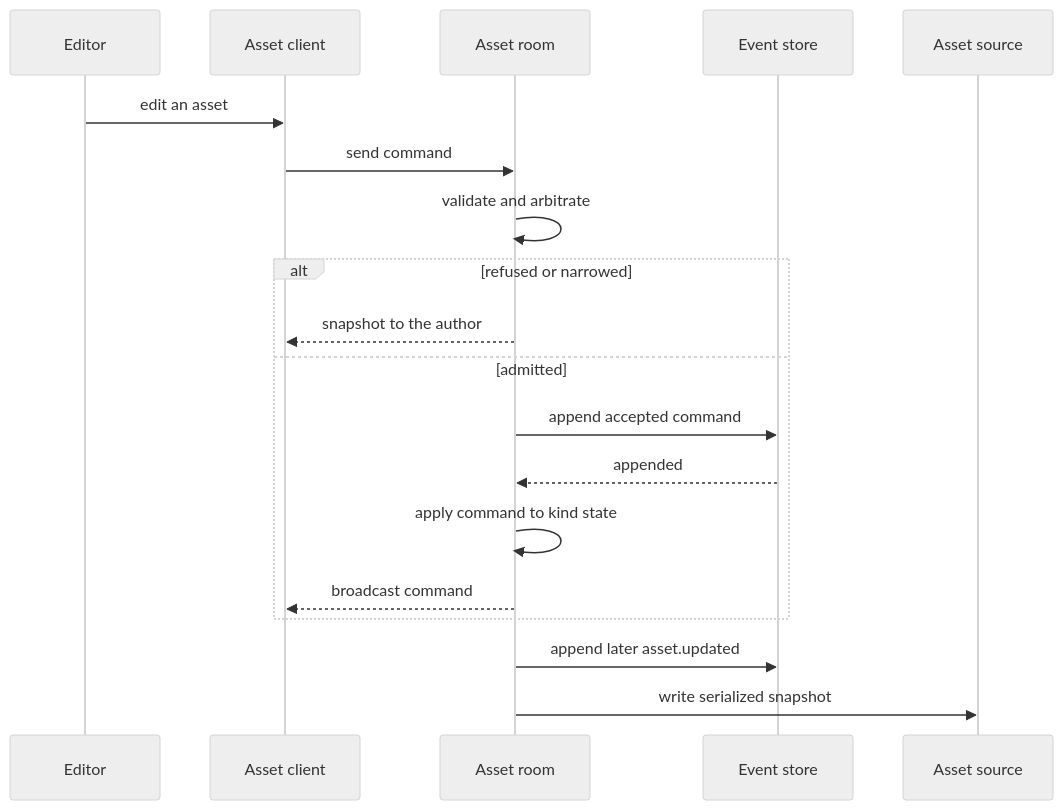
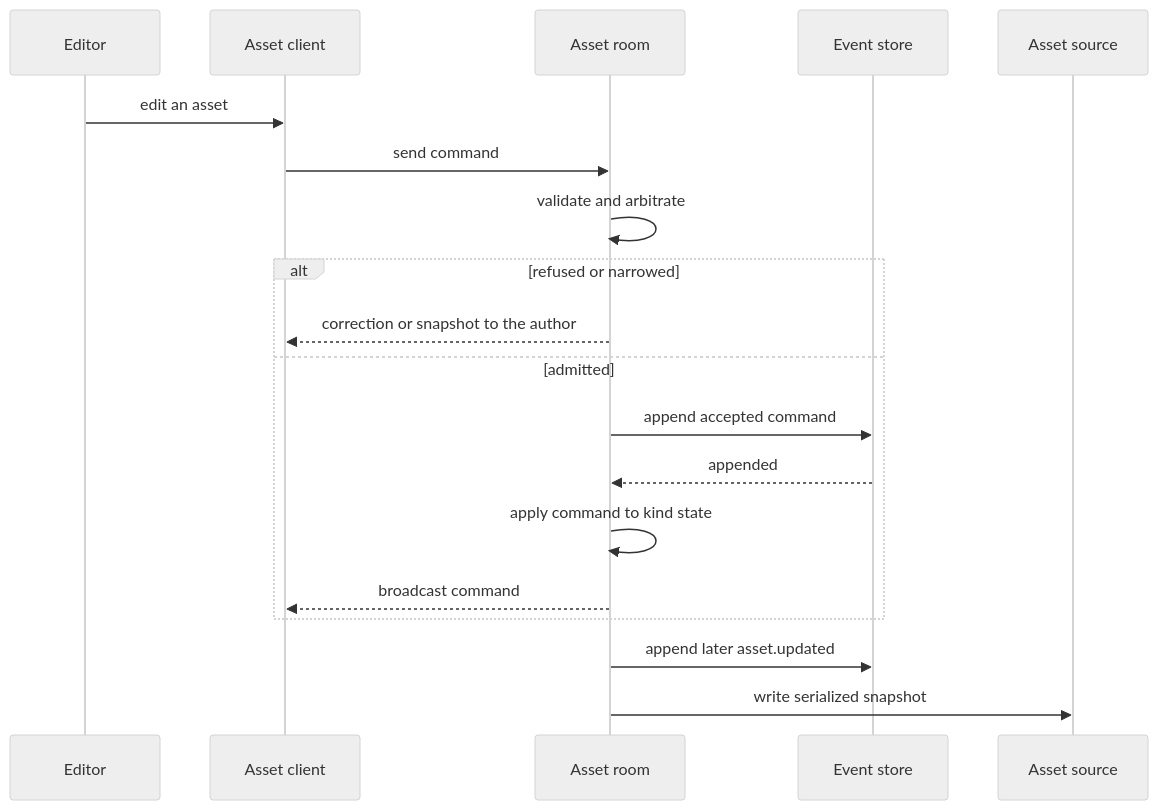
Before and after one commit to JollyPixel/editor: the second of 2 diagrams in packages/assets/ARCHITECTURE.md, drawn with Mermaid (neutral theme). The commit also changed other lines of this file and 55 other files, not shown here.

````diff
--- a/packages/assets/ARCHITECTURE.md
+++ b/packages/assets/ARCHITECTURE.md
@@ -32,22 +32,22 @@
 ```mermaid
 sequenceDiagram
     participant Editor
     participant Client as Asset client
     participant Room as Asset room
     participant Store as Event store
     participant Source as Asset source
 
     Editor->>Client: edit an asset
     Client->>Room: send command
     Room->>Room: validate and arbitrate
     alt refused or narrowed
-        Room-->>Client: snapshot to the author
+        Room-->>Client: correction or snapshot to the author
     else admitted
         Room->>Store: append accepted command
         Store-->>Room: appended
         Room->>Room: apply command to kind state
         Room-->>Client: broadcast command
     end
     Room->>Store: append later asset.updated
     Room->>Source: write serialized snapshot
 ```
````
